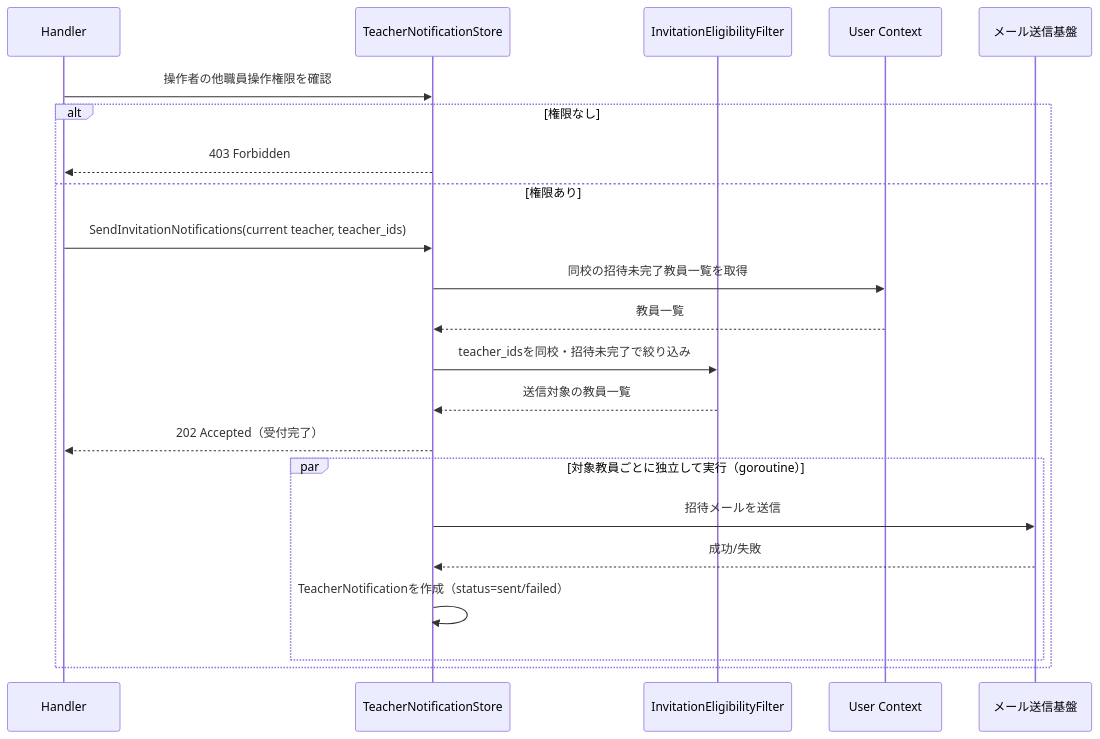
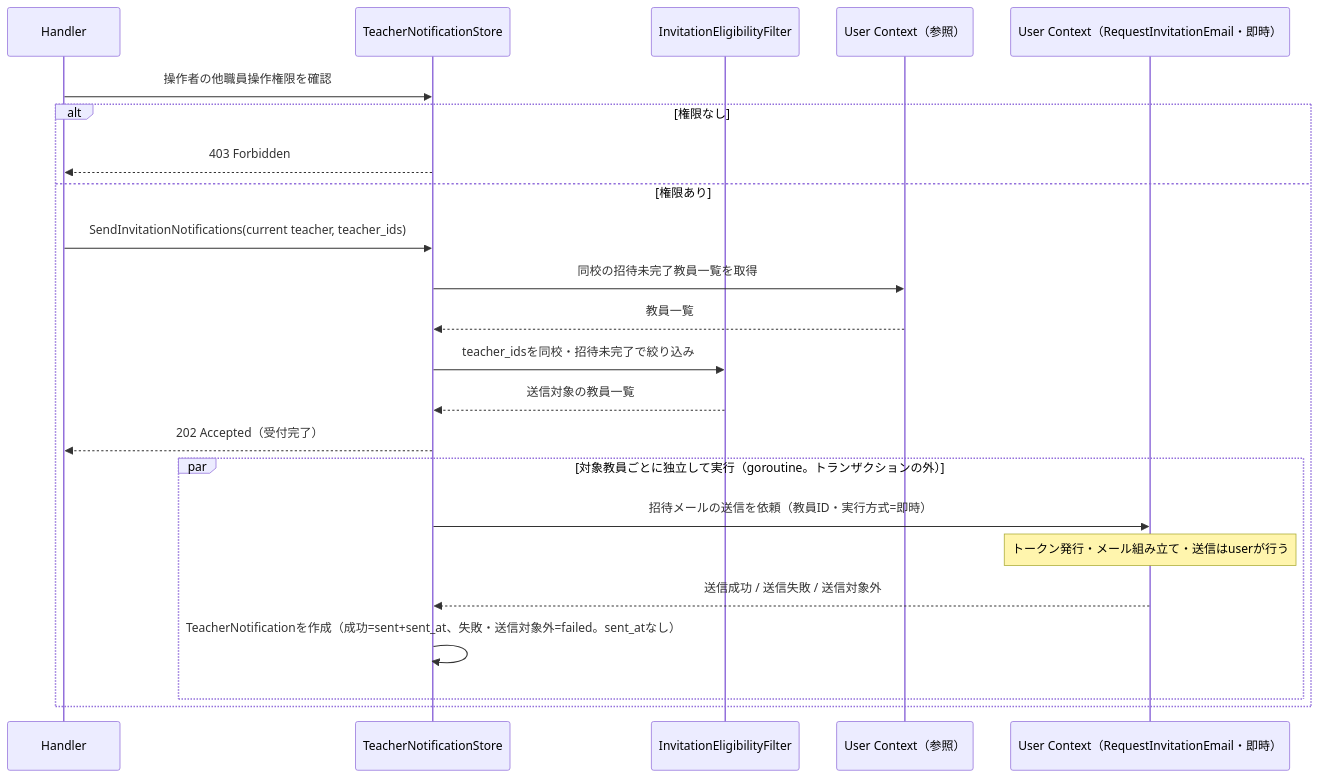
The second of 2 diagrams in 計画書/GO移行・設計仕様書/教員招待通知機能_Go移行・設計仕様書.md (yuta20253/edu-platform-go-design), drawn with Mermaid before and after one commit. The commit also changed other lines of this file and 34 other files, not shown here.

````diff
--- a/計画書/GO移行・設計仕様書/教員招待通知機能_Go移行・設計仕様書.md
+++ b/計画書/GO移行・設計仕様書/教員招待通知機能_Go移行・設計仕様書.md
@@ -248,25 +267,26 @@
 ```mermaid
 sequenceDiagram
     participant H as Handler
     participant S as TeacherNotificationStore
     participant F as InvitationEligibilityFilter
-    participant U as User Context
-    participant M as メール送信基盤
+    participant U as User Context（参照）
+    participant R as User Context（RequestInvitationEmail・即時）
 
     H->>S: 操作者の他職員操作権限を確認
     alt 権限なし
         S-->>H: 403 Forbidden
     else 権限あり
         H->>S: SendInvitationNotifications(current teacher, teacher_ids)
         S->>U: 同校の招待未完了教員一覧を取得
         U-->>S: 教員一覧
         S->>F: teacher_idsを同校・招待未完了で絞り込み
         F-->>S: 送信対象の教員一覧
         S-->>H: 202 Accepted（受付完了）
-        par 対象教員ごとに独立して実行（goroutine）
-            S->>M: 招待メールを送信
-            M-->>S: 成功/失敗
-            S->>S: TeacherNotificationを作成（status=sent/failed）
+        par 対象教員ごとに独立して実行（goroutine。トランザクションの外）
+            S->>R: 招待メールの送信を依頼（教員ID・実行方式=即時）
+            Note over R: トークン発行・メール組み立て・送信はuserが行う
+            R-->>S: 送信成功 / 送信失敗 / 送信対象外
+            S->>S: TeacherNotificationを作成（成功=sent+sent_at、失敗・送信対象外=failed。sent_atなし）
         end
     end
 ```
````
